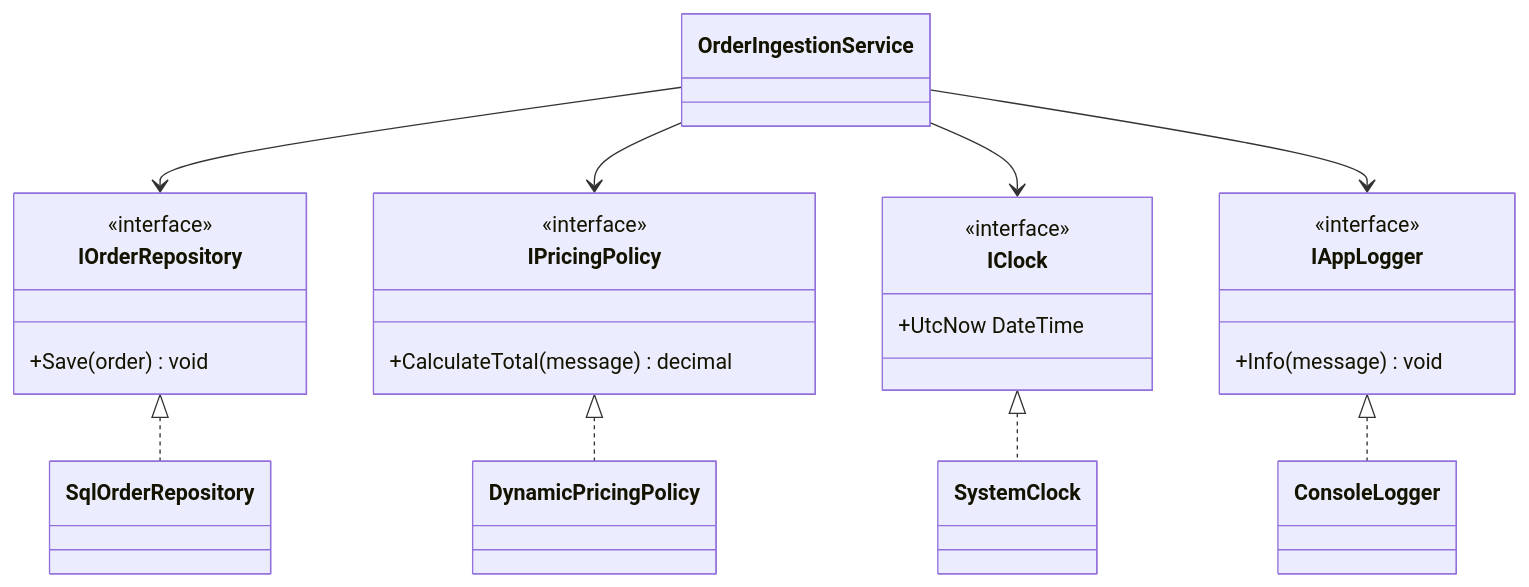
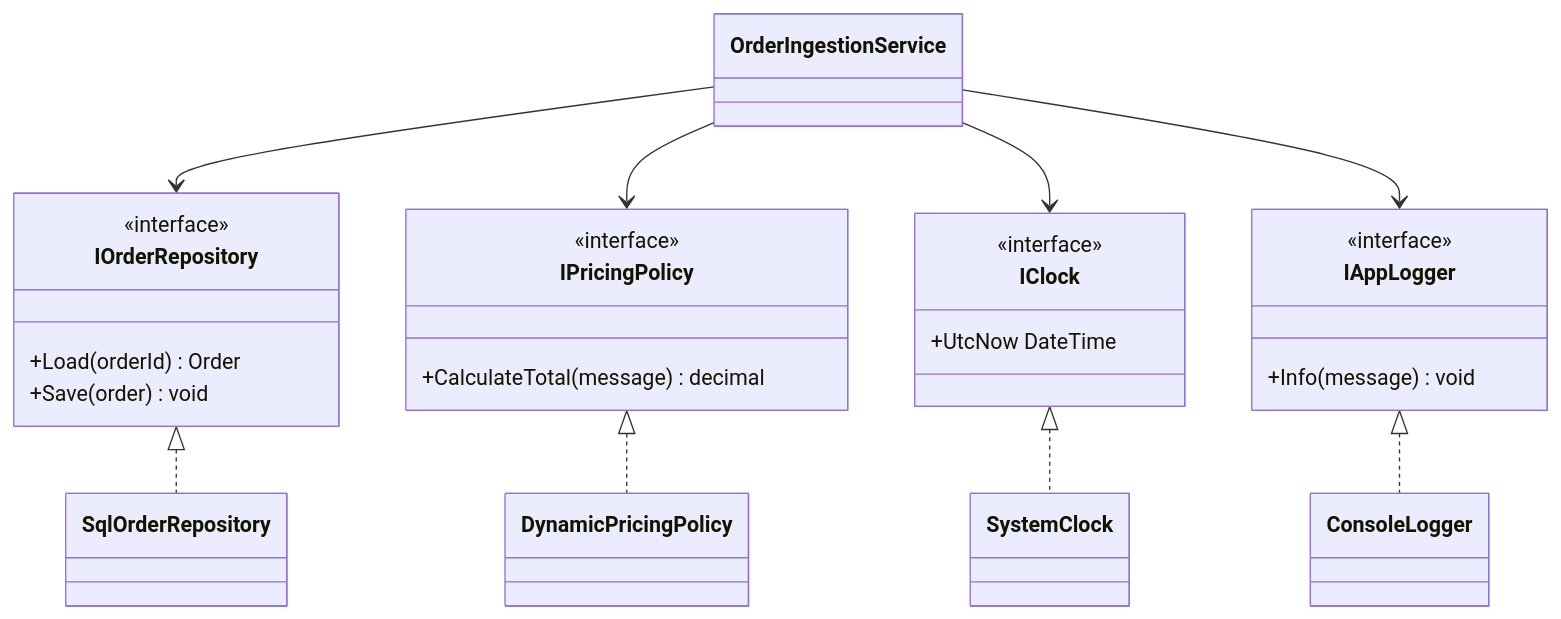
The seventh of 22 diagrams in presentations/10-dependency-injection.md (jeff-adkisson/swe-4743-spring-2026-oo-design), drawn with Mermaid before and after one commit. The commit also changed other lines of this file, not shown here.

First line of the commit message:
Introduces order loading to repository interface

````diff
--- a/presentations/10-dependency-injection.md
+++ b/presentations/10-dependency-injection.md
@@ -497,36 +498,37 @@
 ```mermaid
 classDiagram
 direction TB
 
 class OrderIngestionService
 class IOrderRepository {
   <<interface>>
+  +Load(orderId) Order
   +Save(order) void
 }
 class IPricingPolicy {
   <<interface>>
   +CalculateTotal(message) decimal
 }
 class IClock {
   <<interface>>
   +UtcNow DateTime
 }
 class IAppLogger {
   <<interface>>
   +Info(message) void
 }
 class SqlOrderRepository
 class DynamicPricingPolicy
 class SystemClock
 class ConsoleLogger
 
 OrderIngestionService --> IOrderRepository
 OrderIngestionService --> IPricingPolicy
 OrderIngestionService --> IClock
 OrderIngestionService --> IAppLogger
 
 IOrderRepository <|.. SqlOrderRepository
 IPricingPolicy <|.. DynamicPricingPolicy
 IClock <|.. SystemClock
 IAppLogger <|.. ConsoleLogger
 ```
````
